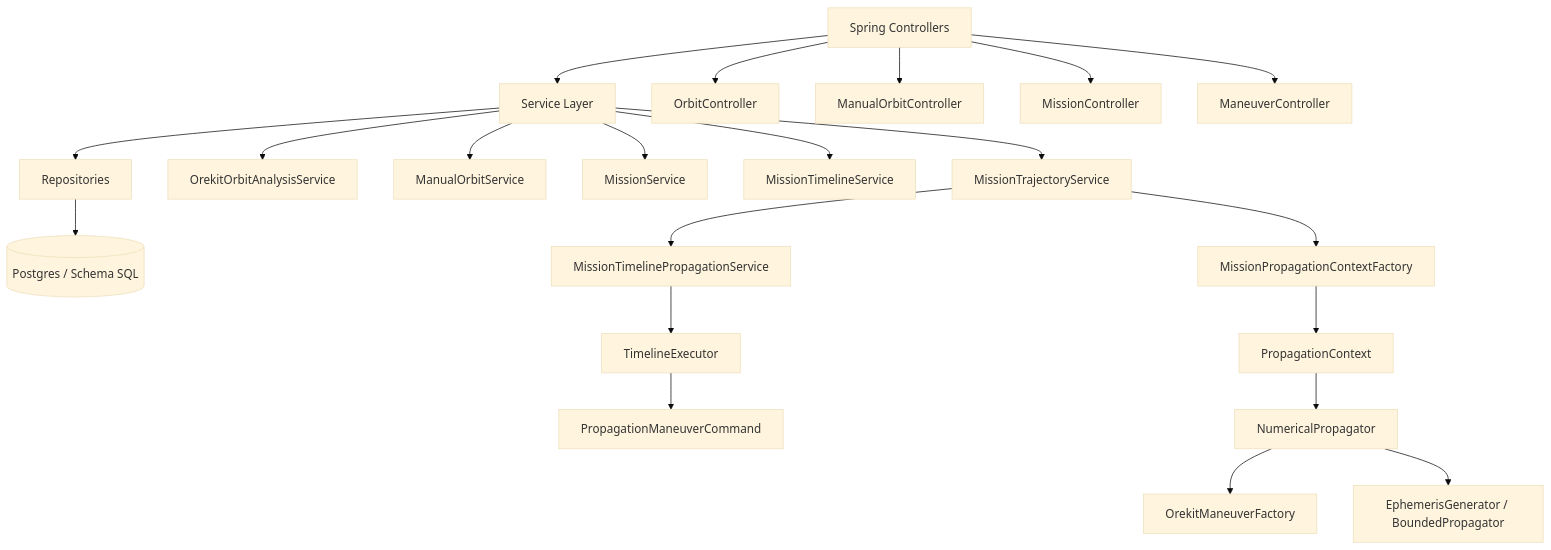
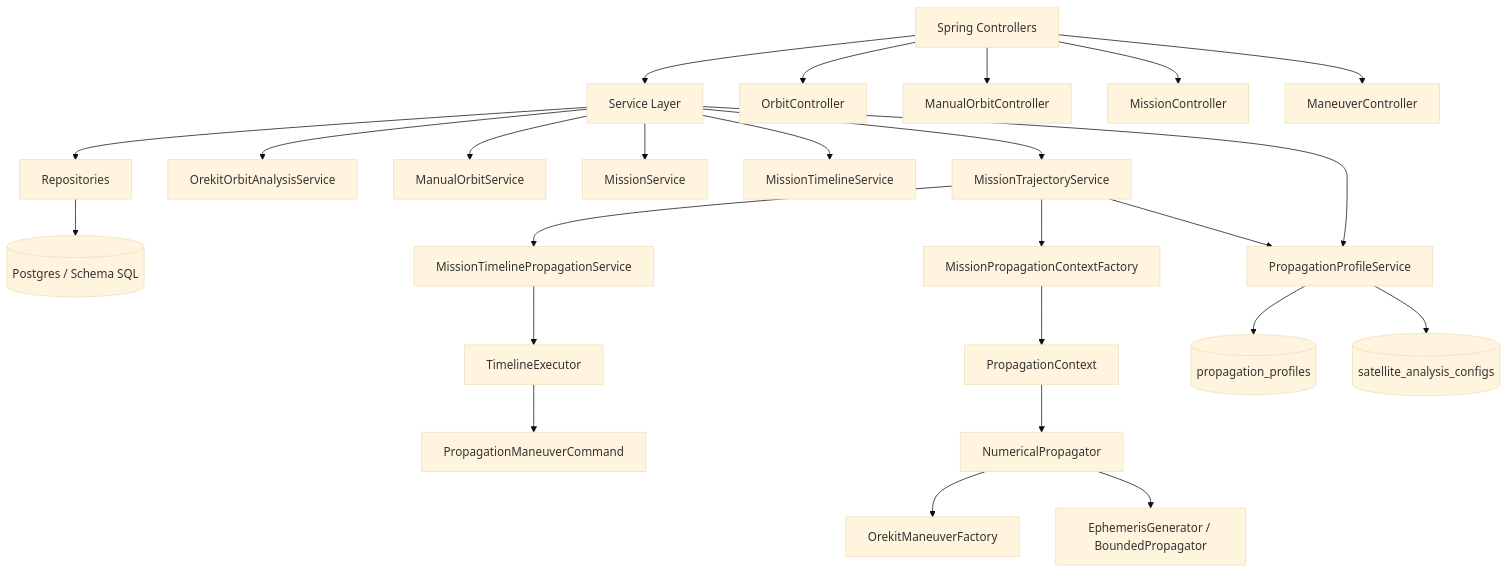
The third of 8 diagrams in README.md (MadhuSaini22/orbital-visualization-engine), drawn with Mermaid (base theme) before and after one commit. The commit also changed other lines of this file and 16 other files, not shown here.

First line of the commit message:
feat(propagation): unify propagation profiles across orbit and mission lifecycle

````diff
--- a/README.md
+++ b/README.md
@@ -76,27 +79,32 @@
 ```mermaid
 flowchart TB
   Controllers[Spring Controllers] --> Services[Service Layer]
   Services --> Repositories[Repositories]
   Repositories --> Database[(Postgres / Schema SQL)]
 
   Controllers --> OrbitApi[OrbitController]
   Controllers --> ManualOrbitApi[ManualOrbitController]
   Controllers --> MissionApi[MissionController]
   Controllers --> ManeuverApi[ManeuverController]
 
   Services --> OrbitAnalysis[OrekitOrbitAnalysisService]
   Services --> ManualOrbit[ManualOrbitService]
   Services --> MissionService[MissionService]
   Services --> TimelineService[MissionTimelineService]
   Services --> MissionTrajectory[MissionTrajectoryService]
 
   MissionTrajectory --> TimelinePropagation[MissionTimelinePropagationService]
   TimelinePropagation --> TimelineExecutor[TimelineExecutor]
   TimelineExecutor --> Commands[PropagationManeuverCommand]
 
+  Services --> ProfileService[PropagationProfileService]
+  ProfileService --> Profiles[(propagation_profiles)]
+  ProfileService --> LegacyConfig[(satellite_analysis_configs)]
+
   MissionTrajectory --> ContextFactory[MissionPropagationContextFactory]
+  MissionTrajectory --> ProfileService
   ContextFactory --> PropagationContext[PropagationContext]
   PropagationContext --> Numerical[NumericalPropagator]
   Numerical --> OrekitFactory[OrekitManeuverFactory]
   Numerical --> Ephemeris[EphemerisGenerator / BoundedPropagator]
 ```
````
